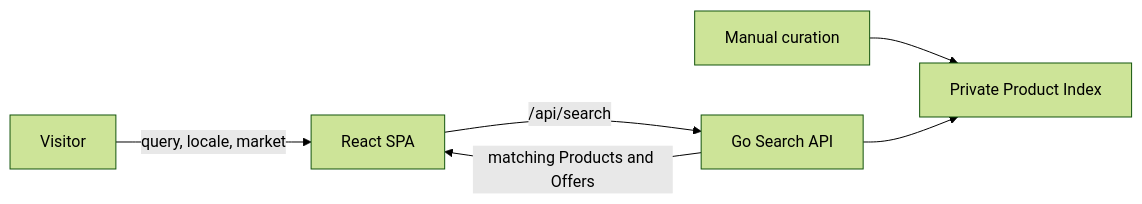
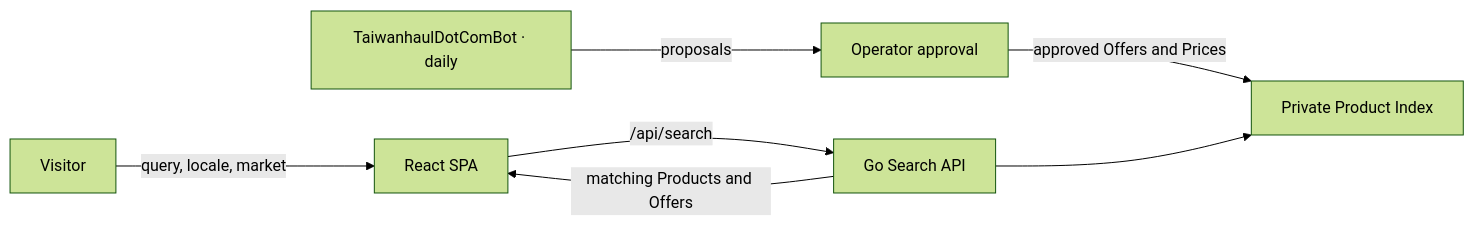
Before and after one commit to iskWang/taiwanhaul: the second of 2 diagrams in README.md, drawn with Mermaid (forest theme). The commit also changed other lines of this file and 96 other files, not shown here.

````diff
--- a/README.md
+++ b/README.md
@@ -19,8 +19,9 @@
 ```mermaid
 flowchart LR
-  Curator["Manual curation"] --> Index["Private Product Index"]
+  Bot["TaiwanhaulDotComBot · daily"] -->|"proposals"| Operator["Operator approval"]
+  Operator -->|"approved Offers and Prices"| Index["Private Product Index"]
   Visitor -->|"query, locale, market"| Browser["React SPA"]
   Browser -->|"/api/search"| SearchAPI["Go Search API"]
   SearchAPI -->|"matching Products and Offers"| Browser
   SearchAPI --> Index
 ```
````
